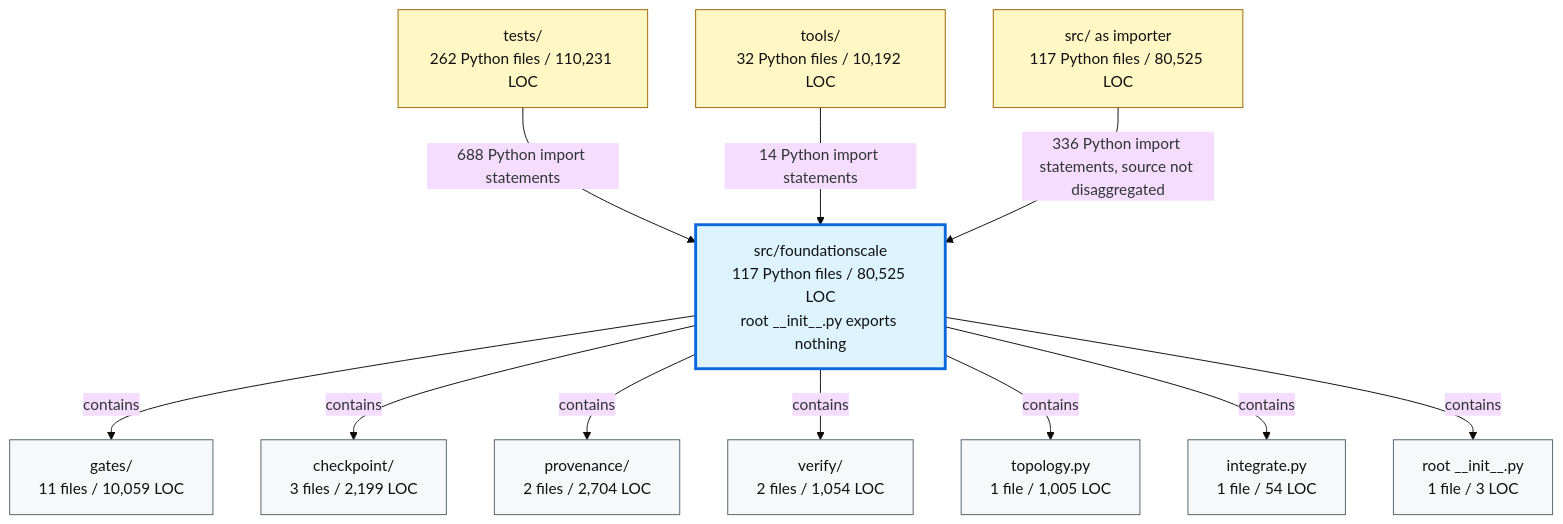
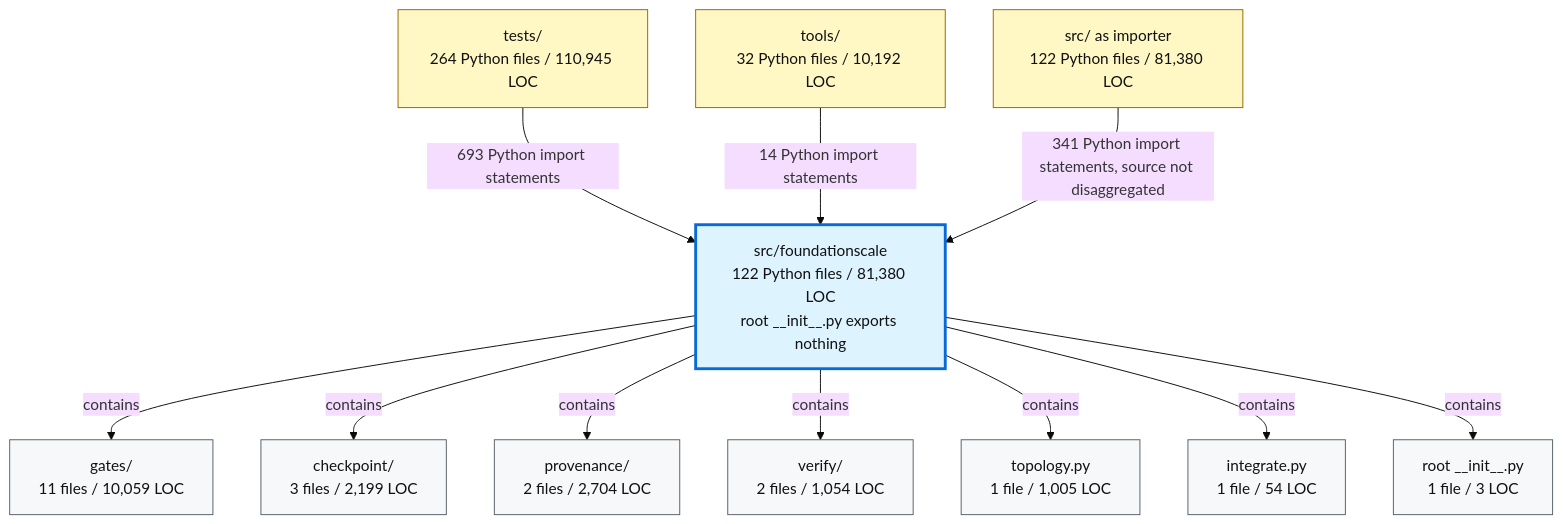
One commit to TranNhiem/FoundationScale changed the second of 2 diagrams in docs/review/D2_current_architecture.md. Above: the diagram before and after it, drawn with Mermaid (base theme). The commit also changed other lines of this file and 24 other files, not shown here.

````diff
--- a/docs/review/D2_current_architecture.md
+++ b/docs/review/D2_current_architecture.md
@@ -97,36 +97,36 @@
 ```mermaid
 flowchart TB
-  TESTS["tests/<br/>262 Python files / 110,231 LOC"]
+  TESTS["tests/<br/>264 Python files / 110,945 LOC"]
   TOOLS["tools/<br/>32 Python files / 10,192 LOC"]
-  SRC["src/ as importer<br/>117 Python files / 80,525 LOC"]
+  SRC["src/ as importer<br/>122 Python files / 81,380 LOC"]
 
-  FS["src/foundationscale<br/>117 Python files / 80,525 LOC<br/>root __init__.py exports nothing"]
+  FS["src/foundationscale<br/>122 Python files / 81,380 LOC<br/>root __init__.py exports nothing"]
 
   GATES["gates/<br/>11 files / 10,059 LOC"]
   CKPT["checkpoint/<br/>3 files / 2,199 LOC"]
   PROV["provenance/<br/>2 files / 2,704 LOC"]
   VERIFY["verify/<br/>2 files / 1,054 LOC"]
   TOPO["topology.py<br/>1 file / 1,005 LOC"]
   INTEG["integrate.py<br/>1 file / 54 LOC"]
   ROOT["root __init__.py<br/>1 file / 3 LOC"]
 
-  TESTS -->|"688 Python import statements"| FS
+  TESTS -->|"693 Python import statements"| FS
   TOOLS -->|"14 Python import statements"| FS
-  SRC -->|"336 Python import statements, source not disaggregated"| FS
+  SRC -->|"341 Python import statements, source not disaggregated"| FS
 
   FS -->|"contains"| GATES
   FS -->|"contains"| CKPT
   FS -->|"contains"| PROV
   FS -->|"contains"| VERIFY
   FS -->|"contains"| TOPO
   FS -->|"contains"| INTEG
   FS -->|"contains"| ROOT
 
   classDef consumer fill:#fff8c5,stroke:#9a6700,color:#111;
   classDef package fill:#ddf4ff,stroke:#0969da,stroke-width:3px,color:#111;
   classDef module fill:#f6f8fa,stroke:#57606a,color:#111;
 
   class TESTS,TOOLS,SRC consumer;
   class FS package;
   class GATES,CKPT,PROV,VERIFY,TOPO,INTEG,ROOT module;
 ```
````
